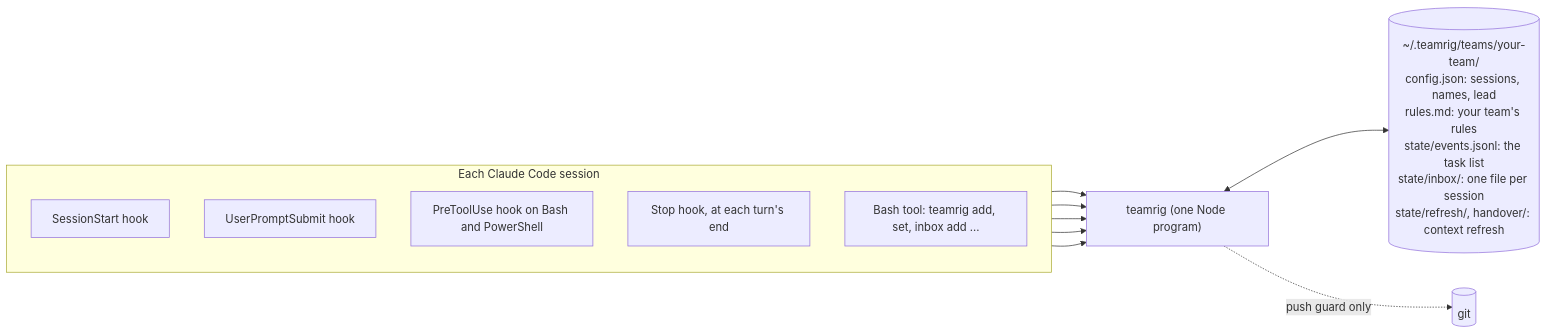
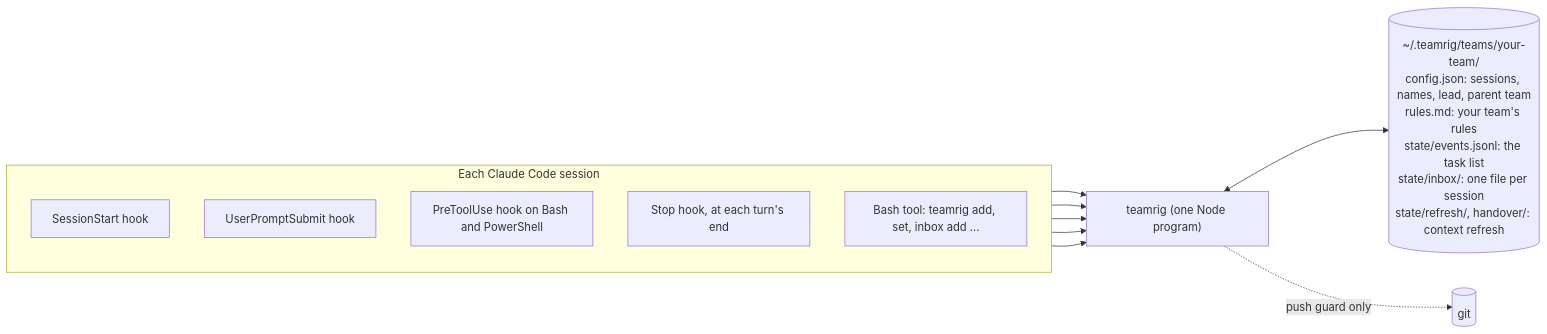
The first of 9 diagrams in docs/how-it-works.md (GeneralA6/teamrig), drawn with Mermaid before and after one commit. The commit also changed other lines of this file, not shown here.

First line of the commit message:
docs: the tree of teams in how it works

````diff
--- a/docs/how-it-works.md
+++ b/docs/how-it-works.md
@@ -21,21 +21,21 @@
 ```mermaid
 flowchart LR
   subgraph session["Each Claude Code session"]
     direction TB
     start["SessionStart hook"]
     prompt["UserPromptSubmit hook"]
     guard["PreToolUse hook on Bash and PowerShell"]
     stop["Stop hook, at each turn's end"]
     tool["Bash tool: teamrig add, set, inbox add ..."]
   end
   cli["teamrig (one Node program)"]
-  folder[("~/.teamrig/teams/your-team/<br>config.json: sessions, names, lead<br>rules.md: your team's rules<br>state/events.jsonl: the task list<br>state/inbox/: one file per session<br>state/refresh/, handover/: context refresh")]
+  folder[("~/.teamrig/teams/your-team/<br>config.json: sessions, names, lead, parent team<br>rules.md: your team's rules<br>state/events.jsonl: the task list<br>state/inbox/: one file per session<br>state/refresh/, handover/: context refresh")]
   git[("git")]
   start --> cli
   prompt --> cli
   guard --> cli
   stop --> cli
   tool --> cli
   cli <--> folder
   cli -. "push guard only" .-> git
 ```
````
